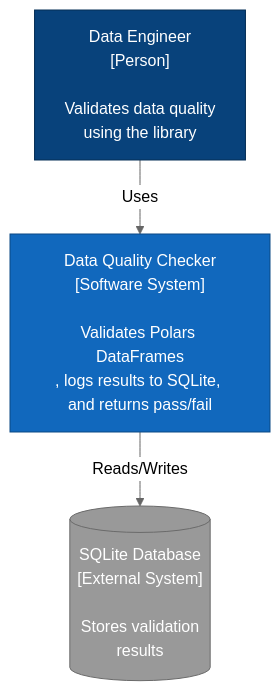
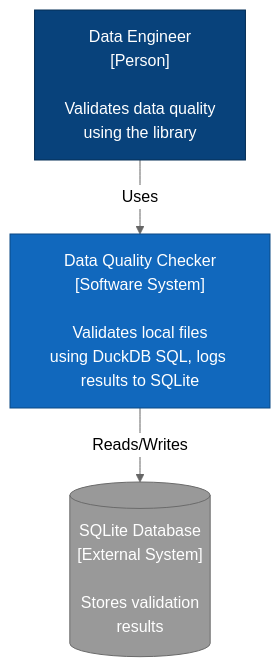
One commit to josephmachado/data_quality_checker changed the first of 2 diagrams in README.md. Above: the diagram before and after it, drawn with Mermaid (neutral theme). The commit also changed other lines of this file and 23 other files, not shown here.

Commit message:
Polars to DuckDb migration

````diff
--- a/README.md
+++ b/README.md
@@ -171,19 +176,19 @@
 ```mermaid
 graph TB
     User["Data Engineer<br/>[Person]<br/><br/>Validates data quality<br/>using the library"]
     
-    System["Data Quality Checker<br/>[Software System]<br/><br/>Validates Polars DataFrames<br/>, logs results to SQLite, and returns pass/fail"]
+    System["Data Quality Checker<br/>[Software System]<br/><br/>Validates local files<br/>using DuckDB SQL, logs results to SQLite"]
     
     Database[("SQLite Database<br/>[External System]<br/><br/>Stores validation<br/>results")]
     
     User -->|Uses| System
     System -->|Reads/Writes| Database
     
     classDef person fill:#08427b,stroke:#052e56,color:#fff
     classDef system fill:#1168bd,stroke:#0b4884,color:#fff
     classDef external fill:#999999,stroke:#6b6b6b,color:#fff
     
     class User person
     class System system
     class Database external
 ```
````
